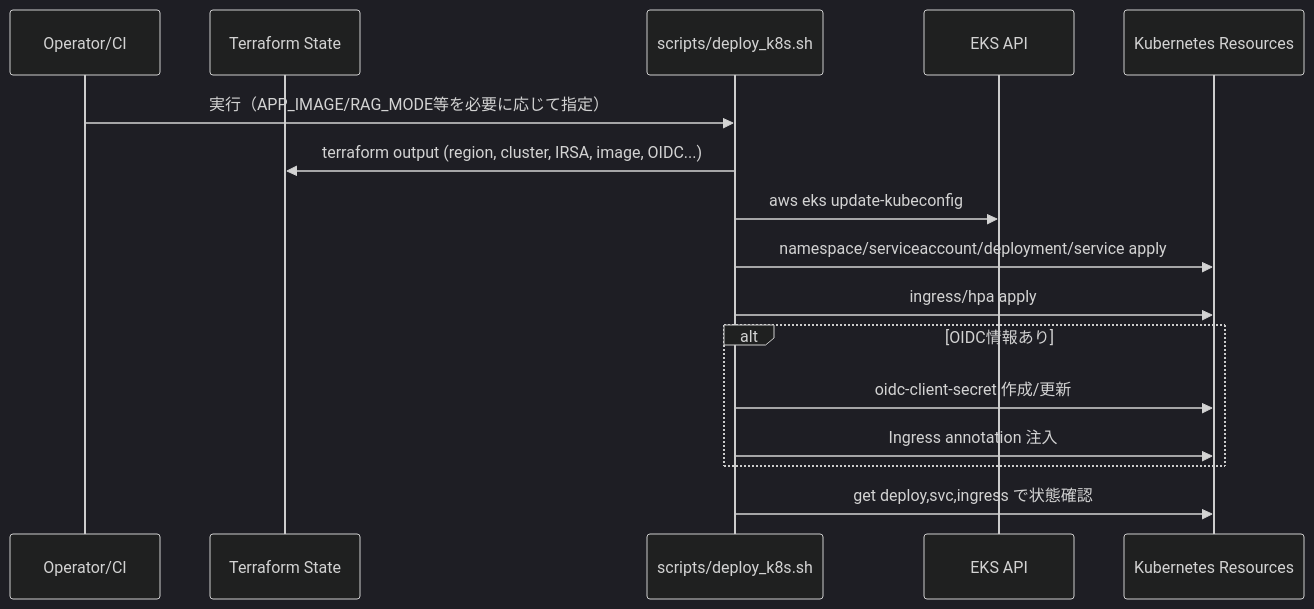
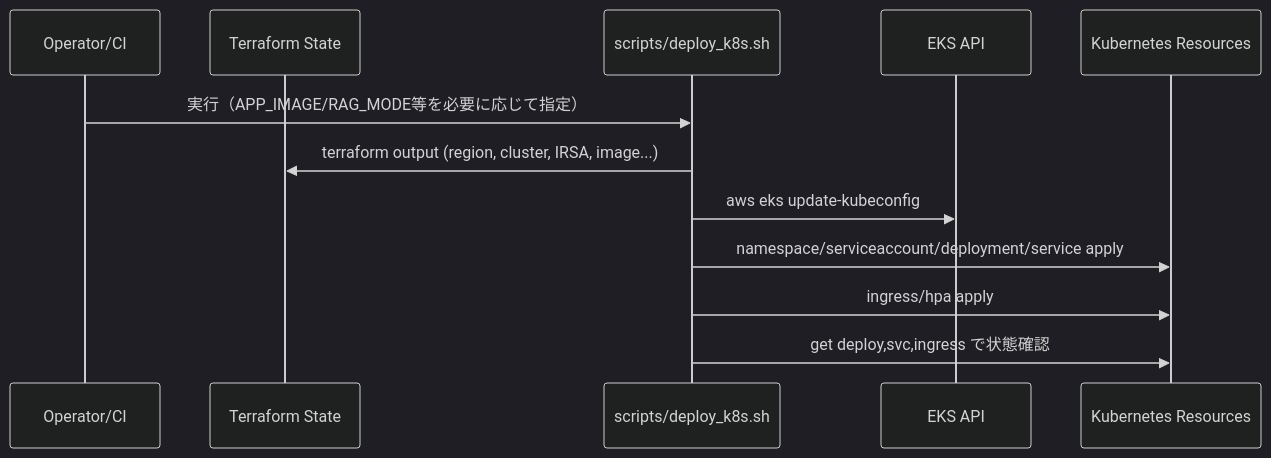
The sixth of 7 diagrams in knowledge-bot/README.md (tk-21/terraform-lab), drawn with Mermaid (dark theme) before and after one commit. The commit also changed other lines of this file and 7 other files, not shown here.

````diff
--- a/knowledge-bot/README.md
+++ b/knowledge-bot/README.md
@@ -328,19 +322,15 @@
 ```mermaid
 sequenceDiagram
   participant Op as Operator/CI
   participant TF as Terraform State
   participant Script as scripts/deploy_k8s.sh
   participant EKS as EKS API
   participant K8s as Kubernetes Resources
 
   Op->>Script: 実行（APP_IMAGE/RAG_MODE等を必要に応じて指定）
-  Script->>TF: terraform output (region, cluster, IRSA, image, OIDC...)
+  Script->>TF: terraform output (region, cluster, IRSA, image...)
   Script->>EKS: aws eks update-kubeconfig
   Script->>K8s: namespace/serviceaccount/deployment/service apply
   Script->>K8s: ingress/hpa apply
-  alt OIDC情報あり
-    Script->>K8s: oidc-client-secret 作成/更新
-    Script->>K8s: Ingress annotation 注入
-  end
   Script->>K8s: get deploy,svc,ingress で状態確認
 ```
````
